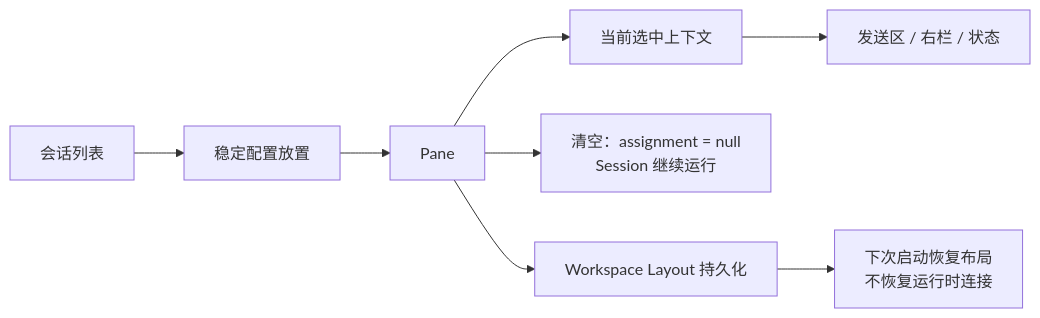
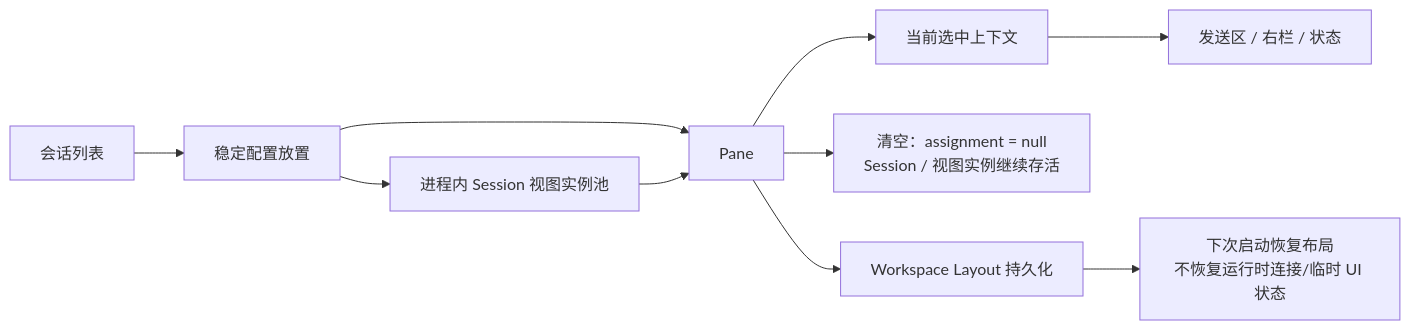
One commit to hamburger-os/TauTerm changed the diagram in docs/modules/WORKSPACE.md. Above: the diagram before and after it, drawn with Mermaid. The commit also changed other lines of this file and 3 other files, not shown here.

````diff
--- a/docs/modules/WORKSPACE.md
+++ b/docs/modules/WORKSPACE.md
@@ -49,10 +53,12 @@
 ```mermaid
 flowchart LR
   Sidebar["会话列表"] --> Placement["稳定配置放置"]
   Placement --> Pane["Pane"]
+  Placement --> Pool["进程内 Session 视图实例池"]
+  Pool --> Pane
   Pane --> Selection["当前选中上下文"]
   Selection --> Aux["发送区 / 右栏 / 状态"]
-  Pane --> Clear["清空：assignment = null\nSession 继续运行"]
+  Pane --> Clear["清空：assignment = null\nSession / 视图实例继续存活"]
   Pane --> Persist["Workspace Layout 持久化"]
-  Persist --> Restore["下次启动恢复布局\n不恢复运行时连接"]
+  Persist --> Restore["下次启动恢复布局\n不恢复运行时连接/临时 UI 状态"]
 ```
````
